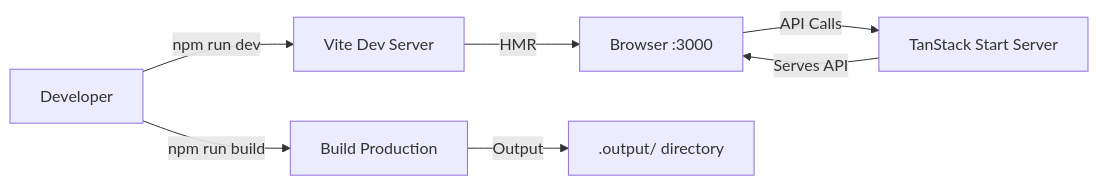
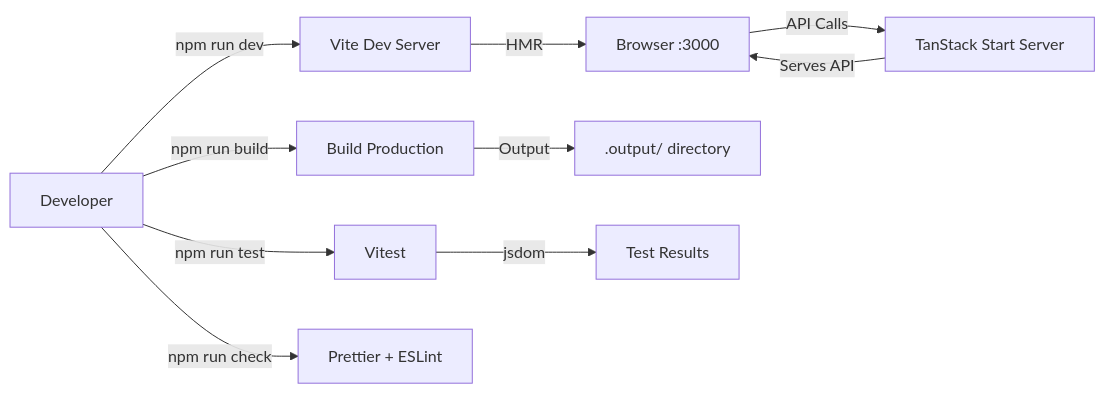
One commit to Didier187/red2video changed the fifth of 5 diagrams in ARCHITECTURE.md. Above: the diagram before and after it, drawn with Mermaid. The commit also changed other lines of this file and 16 other files, not shown here.

````diff
--- a/ARCHITECTURE.md
+++ b/ARCHITECTURE.md
@@ -346,10 +610,15 @@
 ```mermaid
 graph LR
     Dev[Developer] -->|npm run dev| Vite[Vite Dev Server]
     Vite -->|HMR| Browser[Browser :3000]
     Browser -->|API Calls| TanStack[TanStack Start Server]
     TanStack -->|Serves API| Browser
 
     Dev -->|npm run build| Build[Build Production]
     Build -->|Output| Dist[.output/ directory]
+
+    Dev -->|npm run test| Test[Vitest]
+    Test -->|jsdom| Results[Test Results]
+
+    Dev -->|npm run check| Lint[Prettier + ESLint]
 ```
````
